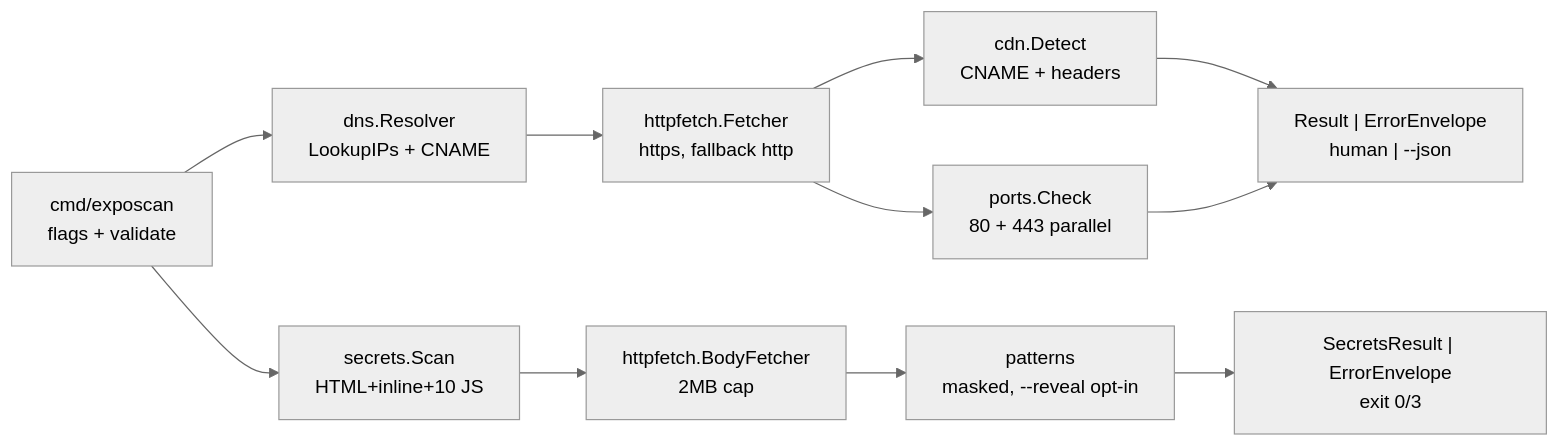
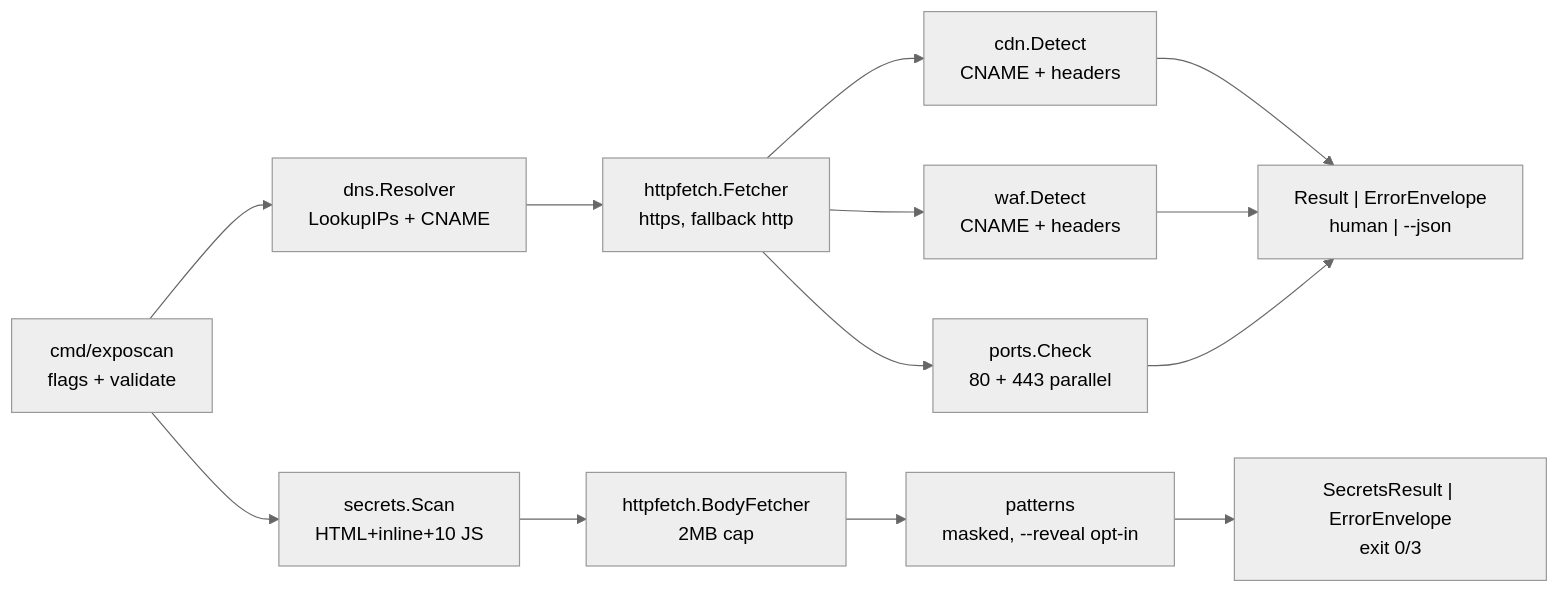
Before and after one commit to matheuslyam/gosomething: the diagram in docs/architecture.md, drawn with Mermaid (neutral theme). The commit also changed 10 other files, not shown here.

````diff
--- a/docs/architecture.md
+++ b/docs/architecture.md
@@ -5,13 +5,15 @@
 ```mermaid
 flowchart LR
     CLI["cmd/exposcan\nflags + validate"] --> DNS["dns.Resolver\nLookupIPs + CNAME"]
     DNS --> HTTP["httpfetch.Fetcher\nhttps, fallback http"]
     HTTP --> CDN["cdn.Detect\nCNAME + headers"]
+    HTTP --> WAF["waf.Detect\nCNAME + headers"]
     HTTP --> PORTS["ports.Check\n80 + 443 parallel"]
     CDN --> OUT["Result | ErrorEnvelope\n human | --json"]
+    WAF --> OUT
     PORTS --> OUT
     CLI --> SEC["secrets.Scan\nHTML+inline+10 JS"]
     SEC --> BODY["httpfetch.BodyFetcher\n2MB cap"]
     BODY --> PAT["patterns\nmasked, --reveal opt-in"]
     PAT --> SECOUT["SecretsResult | ErrorEnvelope\nexit 0/3"]
 ```
````
